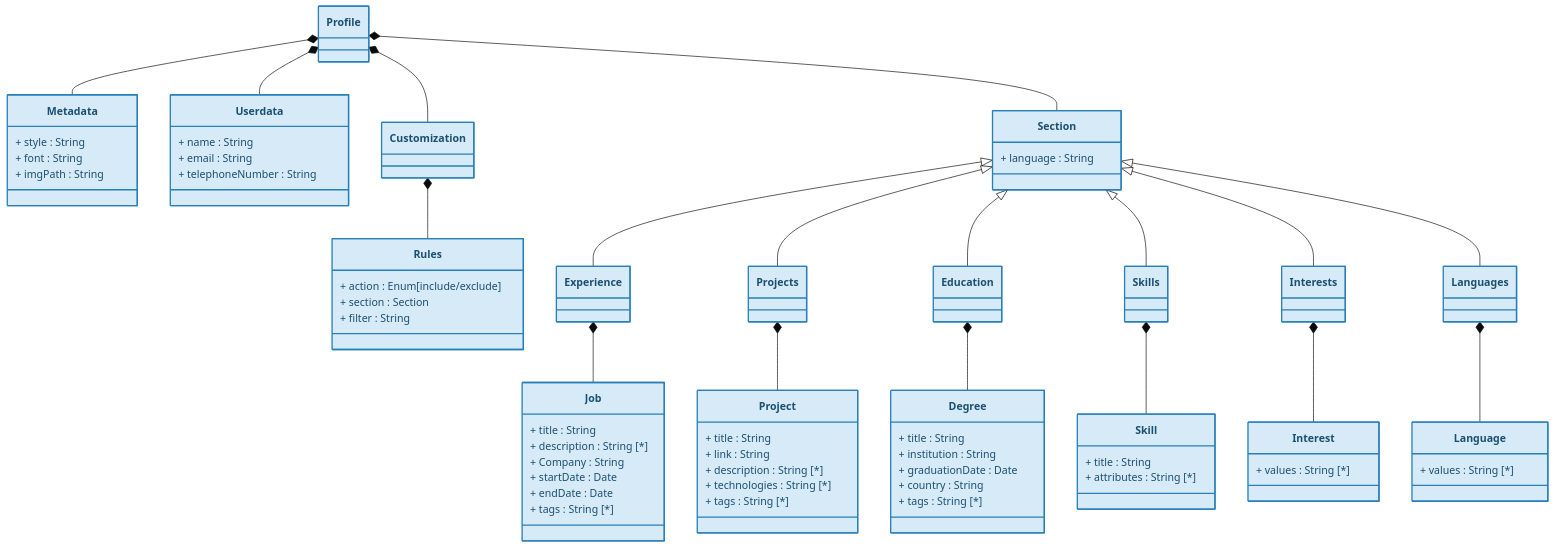
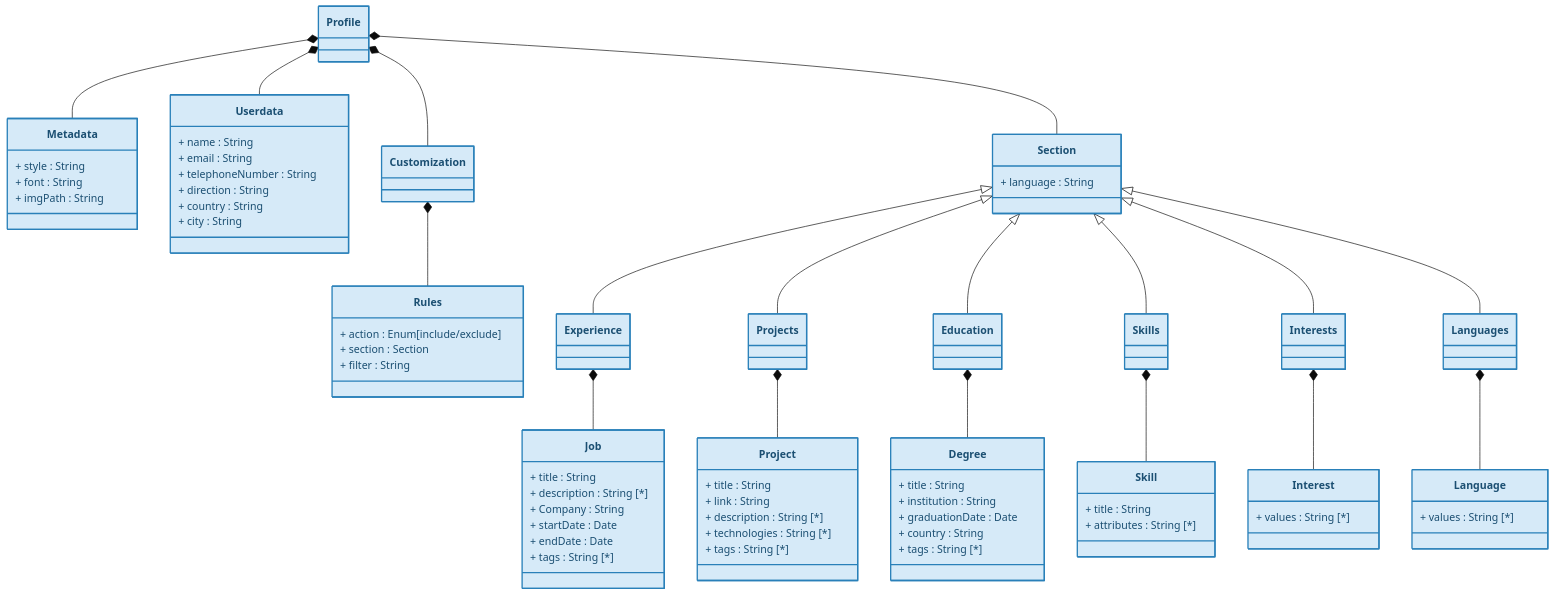
The diagram in docs/Metamodel.md (The-European-Avengers/CV-DSL), drawn with Mermaid (base theme) before and after one commit. The commit also changed other lines of this file and 5 other files, not shown here.

```diff
--- a/docs/Metamodel.md
+++ b/docs/Metamodel.md
@@ -48,6 +48,9 @@
 		+ name : String
 		+ email : String
 		+ telephoneNumber : String
+		+ direction : String
+		+ country : String
+		+ city : String
 	}
 	
 	class Rules {
```
